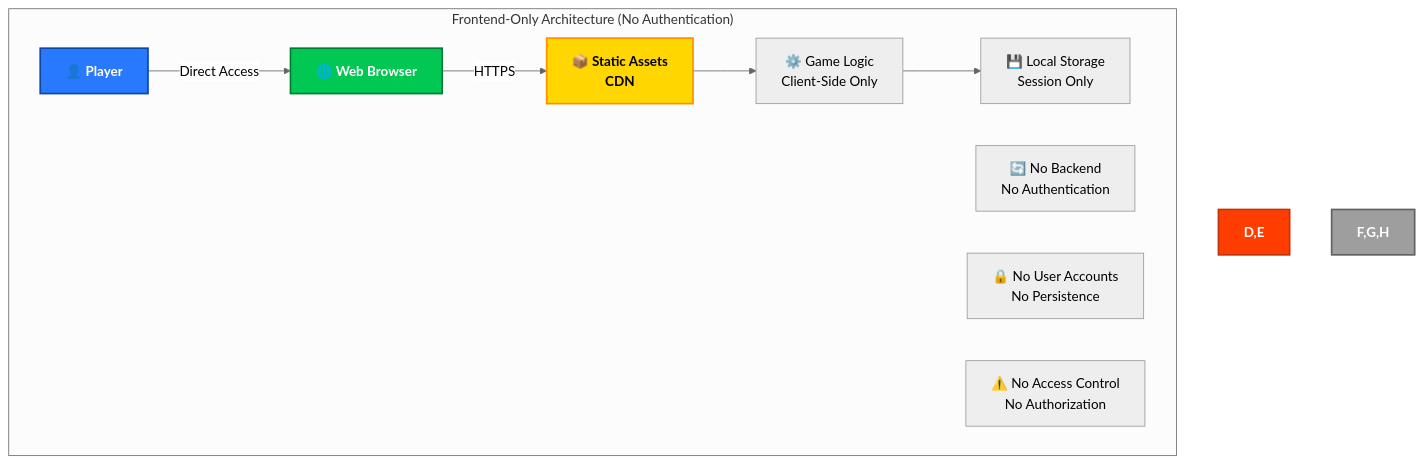
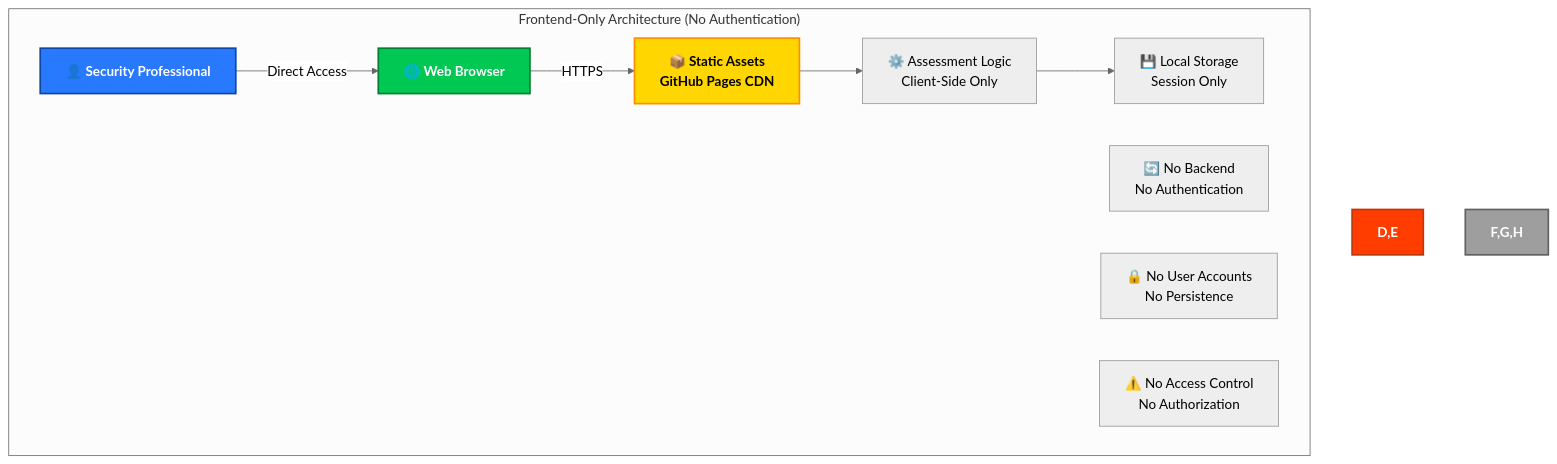
The first of 29 diagrams in docs/architecture/SECURITY_ARCHITECTURE.md (Hack23/cia-compliance-manager), drawn with Mermaid (neutral theme) before and after one commit. The commit also changed other lines of this file and 3 other files, not shown here.

````diff
--- a/docs/architecture/SECURITY_ARCHITECTURE.md
+++ b/docs/architecture/SECURITY_ARCHITECTURE.md
@@ -80,20 +80,20 @@
 ```mermaid
 flowchart TD
     subgraph "Frontend-Only Architecture (No Authentication)"
-        A[👤 Player] -->|"Direct Access"| B[🌐 Web Browser]
-        B -->|"HTTPS"| C[📦 Static Assets<br/>CDN]
+        A[👤 Security Professional] -->|"Direct Access"| B[🌐 Web Browser]
+        B -->|"HTTPS"| C[📦 Static Assets<br/>GitHub Pages CDN]
 
-        C --> D[⚙️ Game Logic<br/>Client-Side Only]
+        C --> D[⚙️ Assessment Logic<br/>Client-Side Only]
         D --> E[💾 Local Storage<br/>Session Only]
 
         F[🔄 No Backend<br/>No Authentication]
         G[🔒 No User Accounts<br/>No Persistence]
         H[⚠️ No Access Control<br/>No Authorization]
     end
 
     style A fill:#2979FF,stroke:#0D47A1,stroke-width:2px,color:white,font-weight:bold
     style B fill:#00C853,stroke:#007E33,stroke-width:2px,color:white,font-weight:bold
     style C fill:#FFD600,stroke:#FF8F00,stroke-width:2px,color:black,font-weight:bold
     style D,E fill:#FF3D00,stroke:#BF360C,stroke-width:2px,color:white,font-weight:bold
     style F,G,H fill:#9E9E9E,stroke:#616161,stroke-width:2px,color:white,font-weight:bold
 ```
````
